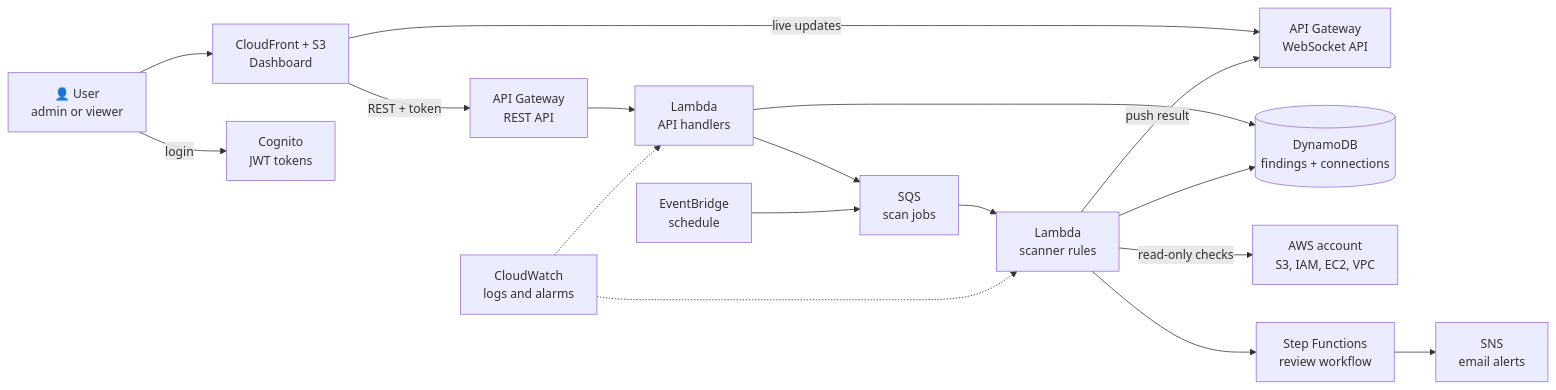
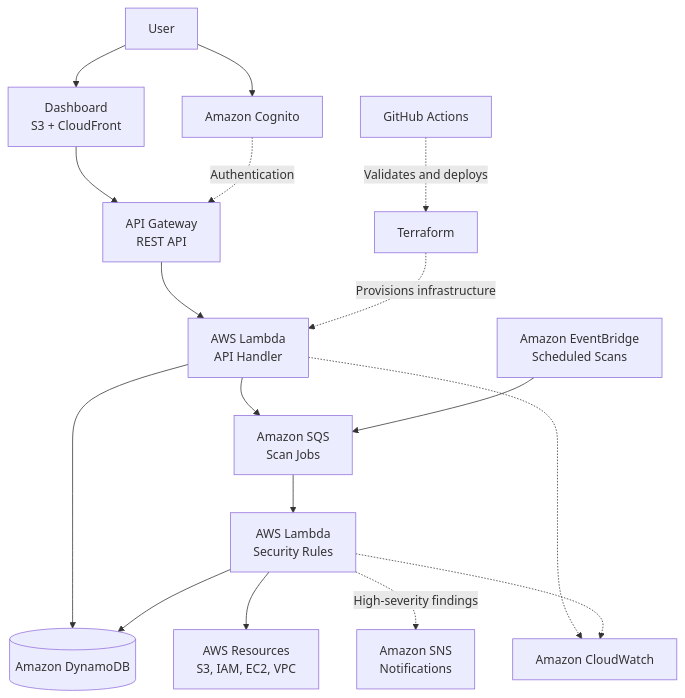
The diagram in README.md (subhajitajodhya-dotcom/cloudguard-aws), drawn with Mermaid before and after one commit. The commit also changed other lines of this file, not shown here.

````diff
--- a/README.md
+++ b/README.md
@@ -69,22 +140,34 @@
 ```mermaid
-flowchart LR
-    USER["👤 User<br/>admin or viewer"] --> CF["CloudFront + S3<br/>Dashboard"]
-    USER -- "login" --> COG["Cognito<br/>JWT tokens"]
-    CF -- "REST + token" --> REST["API Gateway<br/>REST API"]
-    CF -- "live updates" --> WS["API Gateway<br/>WebSocket API"]
+flowchart TD
+    USER["User"]
+    UI["Dashboard<br/>S3 + CloudFront"]
+    AUTH["Amazon Cognito"]
+    REST["API Gateway<br/>REST API"]
+    API["AWS Lambda<br/>API Handler"]
+    QUEUE["Amazon SQS<br/>Scan Jobs"]
+    SCHEDULE["Amazon EventBridge<br/>Scheduled Scans"]
+    SCANNER["AWS Lambda<br/>Security Rules"]
+    TARGET["AWS Resources<br/>S3, IAM, EC2, VPC"]
+    DB[("Amazon DynamoDB")]
+    ALERT["Amazon SNS<br/>Notifications"]
+    LOGS["Amazon CloudWatch"]
+    TF["Terraform"]
+    CI["GitHub Actions"]
 
-    REST --> API["Lambda<br/>API handlers"]
-    API --> DDB[("DynamoDB<br/>findings + connections")]
-    API --> SQS["SQS<br/>scan jobs"]
-
-    EB["EventBridge<br/>schedule"] --> SQS
-    SQS --> SCAN["Lambda<br/>scanner rules"]
-    SCAN -- "read-only checks" --> AWS["AWS account<br/>S3, IAM, EC2, VPC"]
-    SCAN --> DDB
-    SCAN --> SF["Step Functions<br/>review workflow"]
-    SF --> SNS["SNS<br/>email alerts"]
-    SCAN -- "push result" --> WS
-
-    CW["CloudWatch<br/>logs and alarms"] -.-> SCAN
-    CW -.-> API
+    USER --> UI
+    USER --> AUTH
+    UI --> REST
+    AUTH -. "Authentication" .-> REST
+    REST --> API
+    API --> DB
+    API --> QUEUE
+    SCHEDULE --> QUEUE
+    QUEUE --> SCANNER
+    SCANNER --> TARGET
+    SCANNER --> DB
+    SCANNER -. "High-severity findings" .-> ALERT
+    API -.-> LOGS
+    SCANNER -.-> LOGS
+    TF -. "Provisions infrastructure" .-> API
+    CI -. "Validates and deploys" .-> TF
 ```
````
